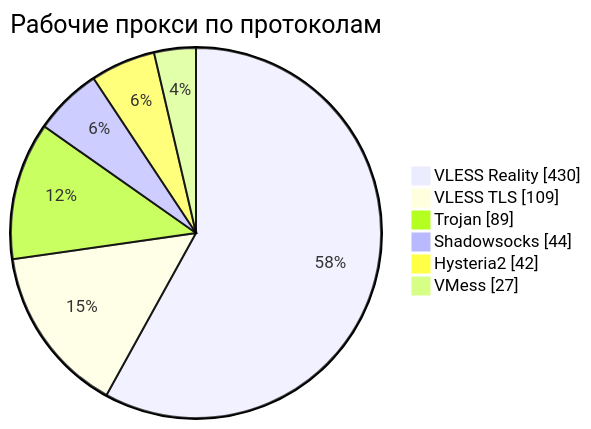
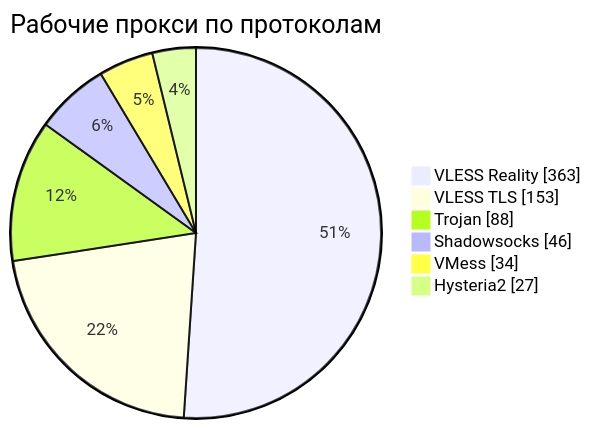
One commit to rvvg/proxy-subs changed the third of 4 diagrams in README.md. Above: the diagram before and after it, drawn with Mermaid. The commit also changed other lines of this file and 48 other files, not shown here.

````diff
--- a/README.md
+++ b/README.md
@@ -136,10 +135,10 @@
 ```mermaid
 pie showData
     title Рабочие прокси по протоколам
-    "VLESS Reality" : 430
-    "VLESS TLS" : 109
-    "Trojan" : 89
-    "Shadowsocks" : 44
-    "Hysteria2" : 42
-    "VMess" : 27
+    "VLESS Reality" : 363
+    "VLESS TLS" : 153
+    "Trojan" : 88
+    "Shadowsocks" : 46
+    "VMess" : 34
+    "Hysteria2" : 27
 ```
````
